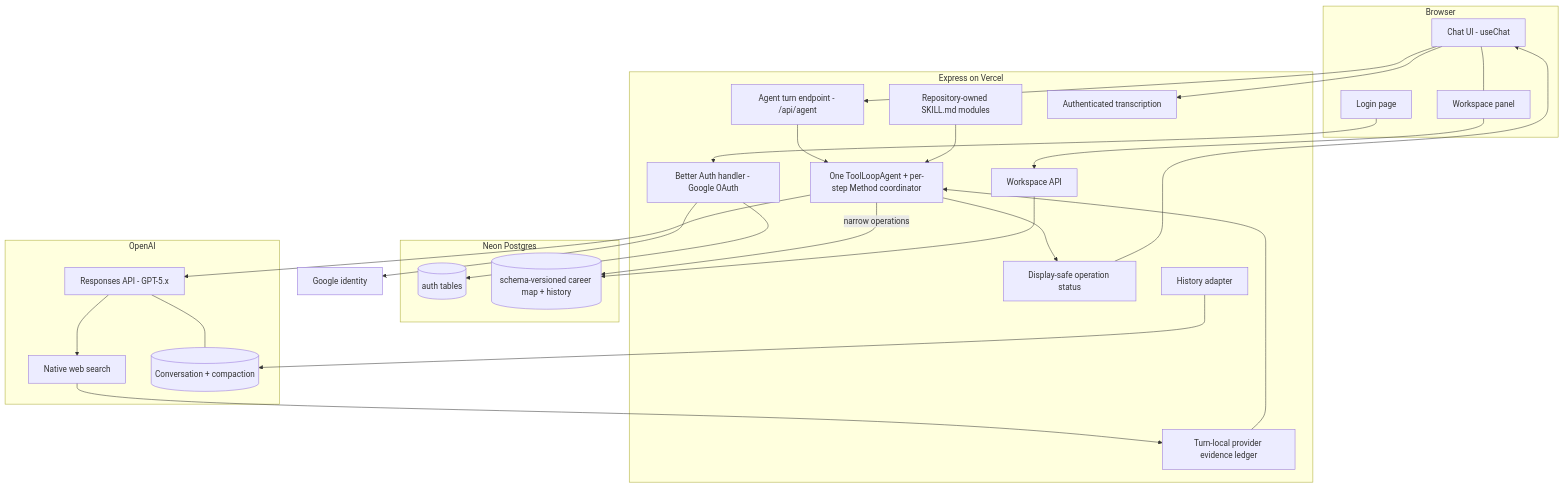
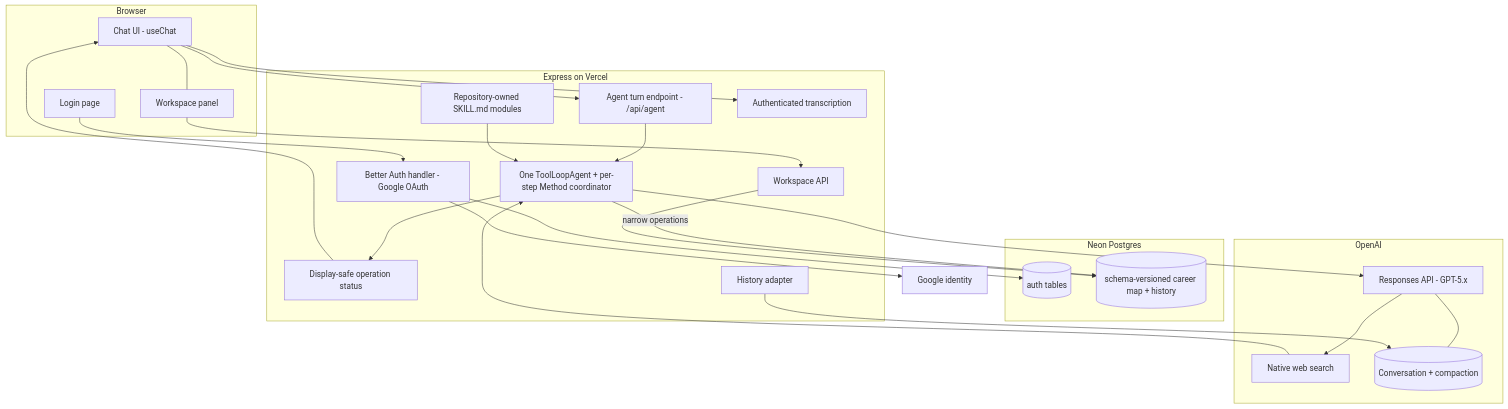
The second of 5 diagrams in docs/plans/2026-08-14-claude-feat-revelio-revamp-plan.md (andres-monge/ikigai), drawn with Mermaid before and after one commit. The commit also changed other lines of this file, not shown here.

````diff
--- a/docs/plans/2026-08-14-claude-feat-revelio-revamp-plan.md
+++ b/docs/plans/2026-08-14-claude-feat-revelio-revamp-plan.md
@@ -271,40 +272,39 @@
 ```mermaid
 flowchart TB
   subgraph Browser
     Chat[Chat UI - useChat] --- WS[Workspace panel]
     Login[Login page]
   end
   subgraph Express on Vercel
     Auth[Better Auth handler - Google OAuth]
     AgentEP[Agent turn endpoint - /api/agent]
     Method[One ToolLoopAgent + per-step Method coordinator]
     Skills[Repository-owned SKILL.md modules]
-    Ledger[Turn-local provider evidence ledger]
     Status[Display-safe operation status]
     Audio[Authenticated transcription]
     Hist[History adapter]
     WSAPI[Workspace API]
   end
   subgraph Neon Postgres
     Users[(auth tables)]
     Map[(schema-versioned career map + history)]
   end
   subgraph OpenAI
     Resp[Responses API - GPT-5.x]
     Search[Native web search]
     Conv[(Conversation + compaction)]
   end
   Login --> Auth --> Google[Google identity]
   Auth --> Users
   Chat --> AgentEP --> Method
   Skills --> Method
   Method --> Resp
   Resp --> Search
-  Search --> Ledger --> Method
+  Search --> Method
   Method --> Status --> Chat
   Chat --> Audio
   Resp --- Conv
   Method -->|narrow operations| Map
   Hist --> Conv
   WS --> WSAPI --> Map
 ```
````
